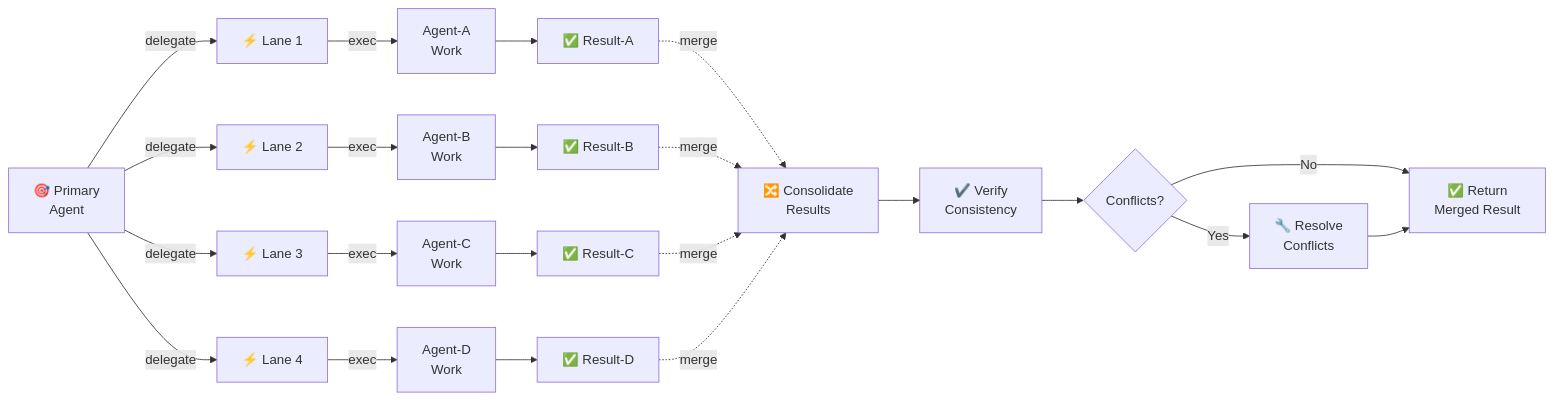
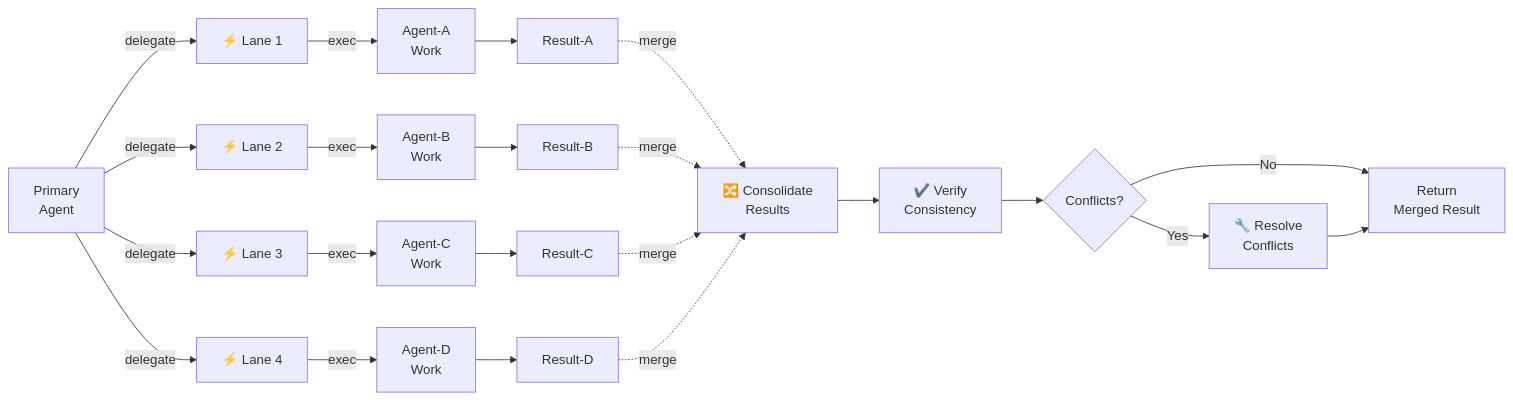
Before and after one commit to Aries-Serpent/_codex_: the seventh of 10 diagrams in docs/agent/CUSTOM_AGENT_COORDINATION_WORKFLOWS.md, drawn with Mermaid. The commit also changed other lines of this file and 2029 other files, not shown here.

````diff
--- a/docs/agent/CUSTOM_AGENT_COORDINATION_WORKFLOWS.md
+++ b/docs/agent/CUSTOM_AGENT_COORDINATION_WORKFLOWS.md
@@ -321,31 +323,31 @@
 ```mermaid
 graph LR
-    A["🎯 Primary<br/>Agent"] -->|delegate| B["⚡ Lane 1"]
+    A[" Primary<br/>Agent"] -->|delegate| B["⚡ Lane 1"]
     A -->|delegate| C["⚡ Lane 2"]
     A -->|delegate| D["⚡ Lane 3"]
     A -->|delegate| E["⚡ Lane 4"]
 
     B -->|exec| B1["Agent-A<br/>Work"]
     C -->|exec| C1["Agent-B<br/>Work"]
     D -->|exec| D1["Agent-C<br/>Work"]
     E -->|exec| E1["Agent-D<br/>Work"]
 
-    B1 --> B2["✅ Result-A"]
-    C1 --> C2["✅ Result-B"]
-    D1 --> D2["✅ Result-C"]
-    E1 --> E2["✅ Result-D"]
+    B1 --> B2[" Result-A"]
+    C1 --> C2[" Result-B"]
+    D1 --> D2[" Result-C"]
+    E1 --> E2[" Result-D"]
 
     B2 -.->|merge| F["🔀 Consolidate<br/>Results"]
     C2 -.->|merge| F
     D2 -.->|merge| F
     E2 -.->|merge| F
 
     F --> G["✔️ Verify<br/>Consistency"]
 
     G --> H{Conflicts?}
 
-    H -->|No| I["✅ Return<br/>Merged Result"]
+    H -->|No| I[" Return<br/>Merged Result"]
     H -->|Yes| J["🔧 Resolve<br/>Conflicts"]
 
     J --> I
 ```
````
